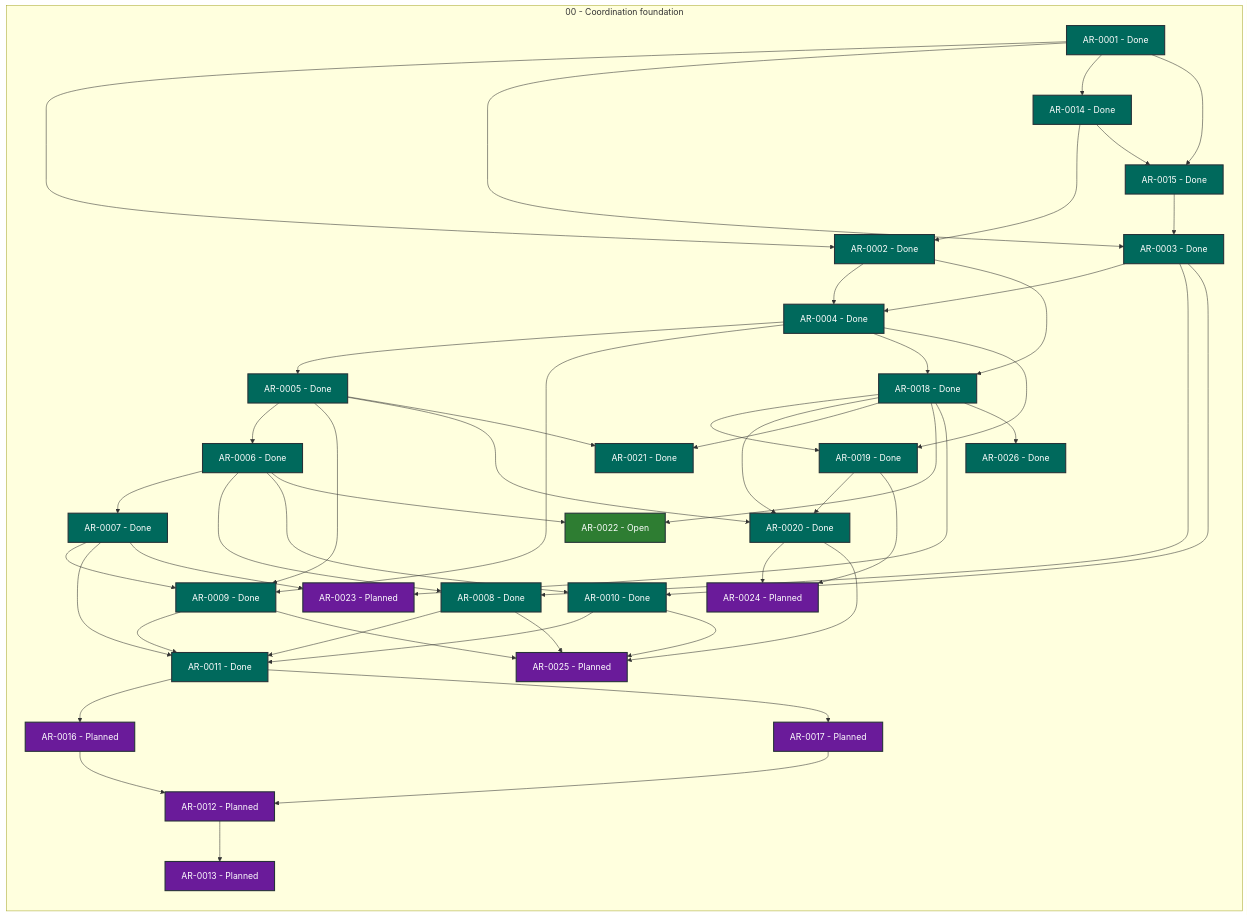
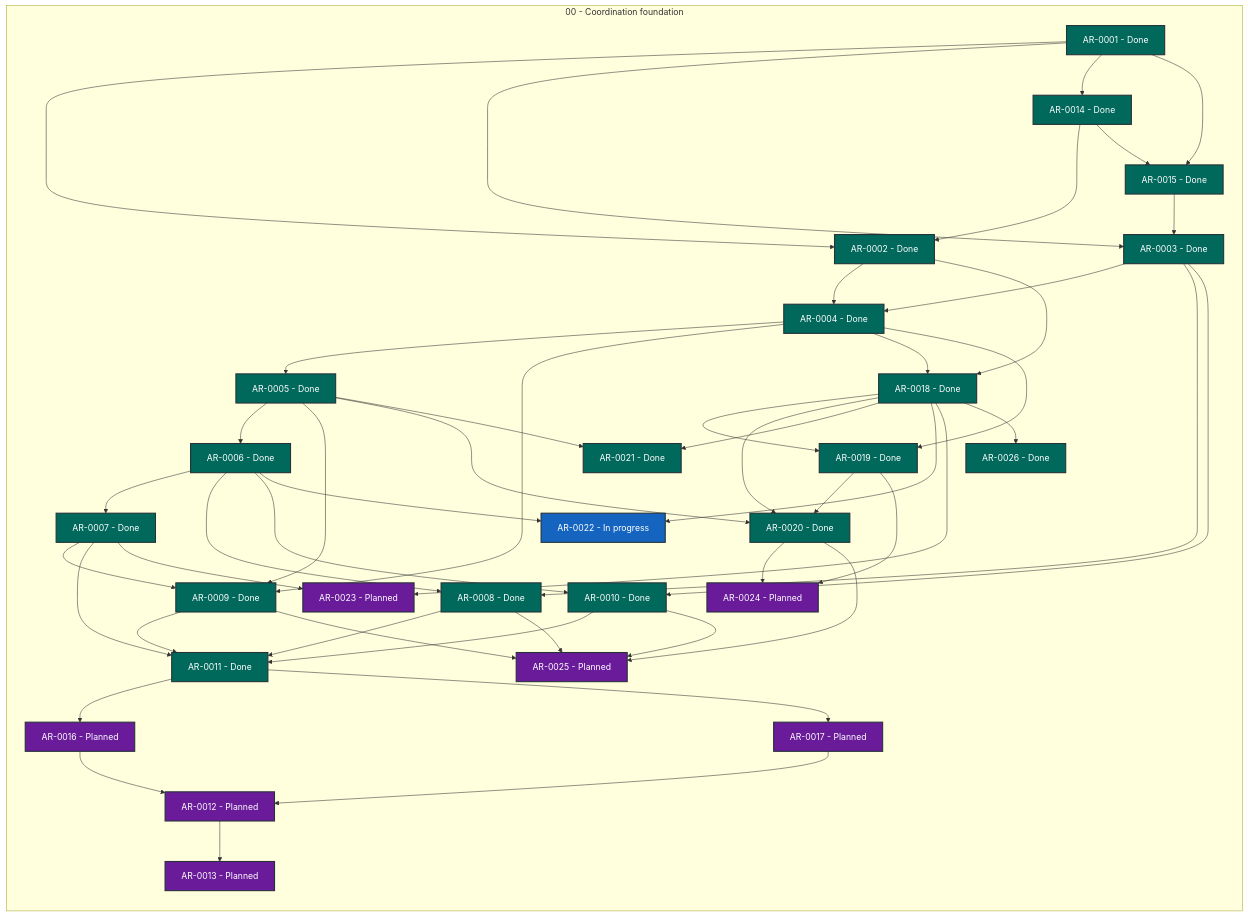
Before and after one commit to martin-beck/agent-workflow-tui-state: the diagram in STATUS.md, drawn with Mermaid. The commit also changed other lines of this file and 2 other files, not shown here.

```diff
--- a/STATUS.md
+++ b/STATUS.md
@@ -49,7 +49,7 @@
         AR_0019["AR-0019 - Done"]:::status_done
         AR_0020["AR-0020 - Done"]:::status_done
         AR_0021["AR-0021 - Done"]:::status_done
-        AR_0022["AR-0022 - Open"]:::status_open
+        AR_0022["AR-0022 - In progress"]:::status_in_progress
         AR_0023["AR-0023 - Planned"]:::status_planned
         AR_0024["AR-0024 - Planned"]:::status_planned
         AR_0025["AR-0025 - Planned"]:::status_planned
```
